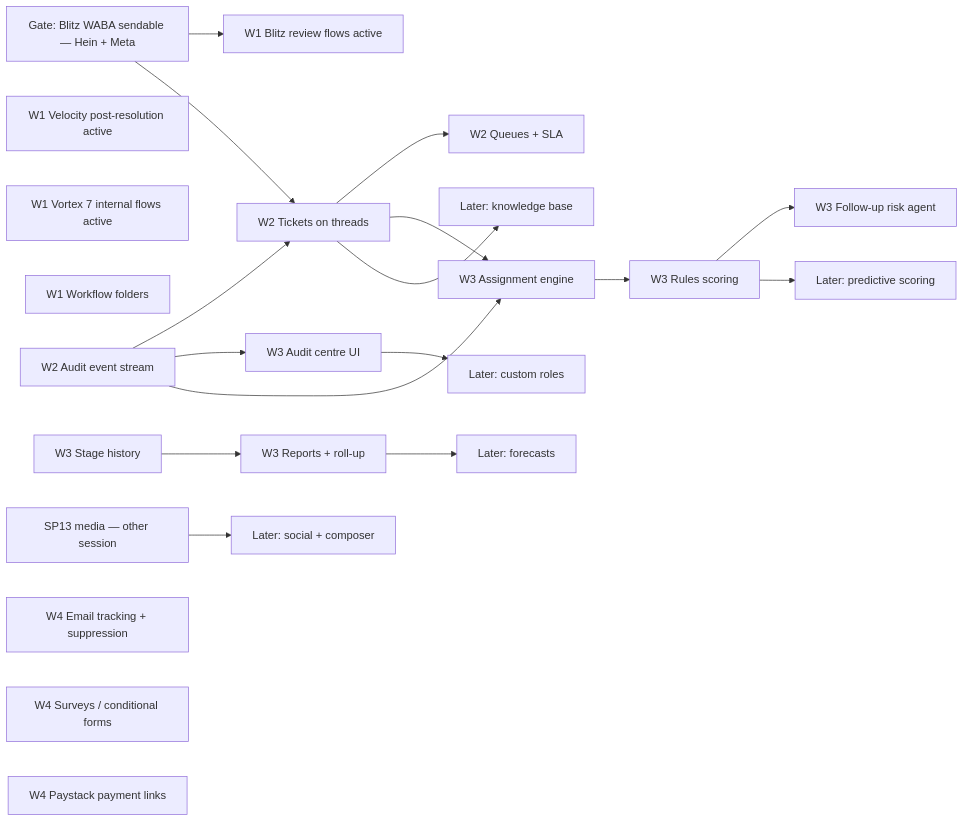
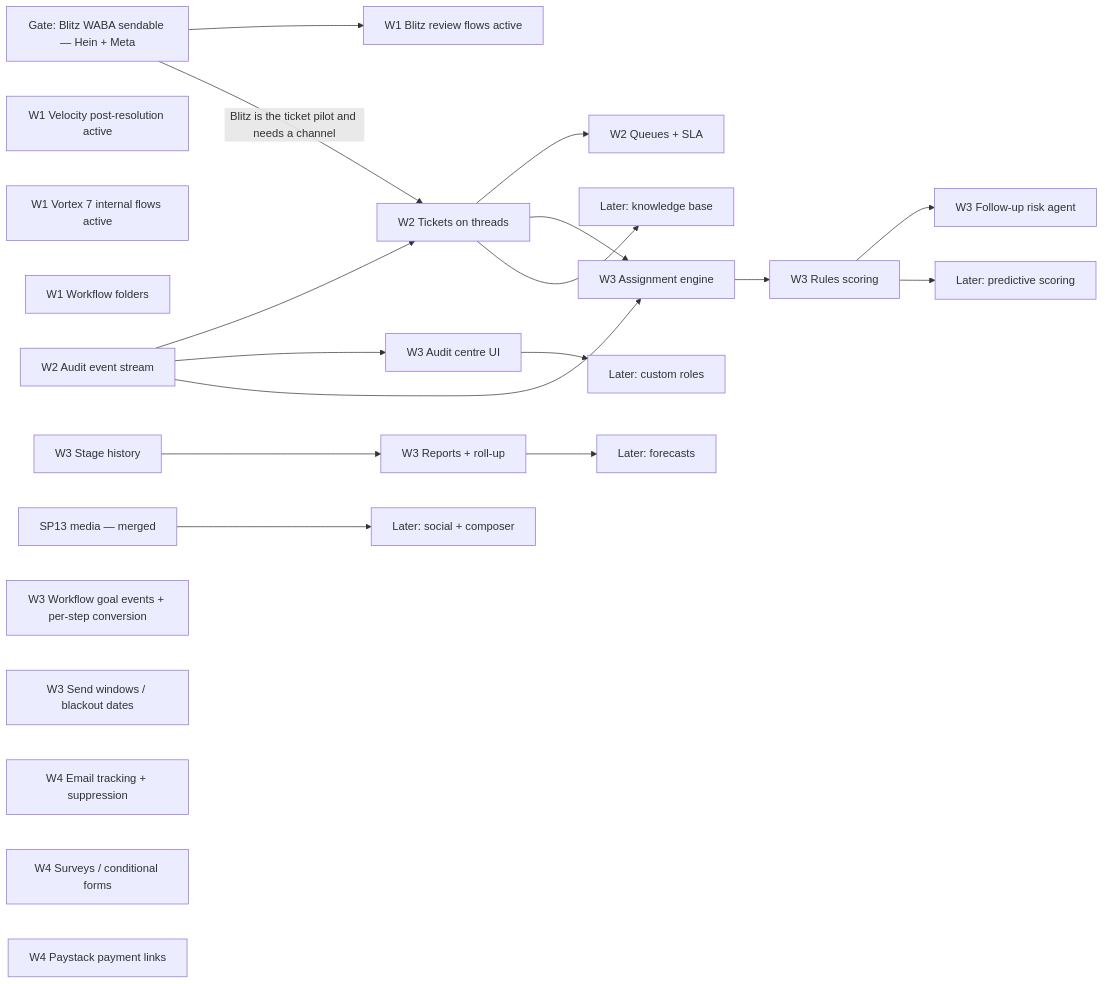
Before and after one commit to Heinvv10/CrestaHQ: the diagram in docs/programme/README.md, drawn with Mermaid. The commit also changed other lines of this file and 1 other file, not shown here.

````diff
--- a/docs/programme/README.md
+++ b/docs/programme/README.md
@@ -124,24 +125,26 @@
 ```mermaid
 flowchart LR
   G1[Gate: Blitz WABA sendable — Hein + Meta] --> W1B[W1 Blitz review flows active]
   W1V[W1 Velocity post-resolution active]
   W1X[W1 Vortex 7 internal flows active]
   W1F[W1 Workflow folders]
   A[W2 Audit event stream] --> T[W2 Tickets on threads]
   A --> AC[W3 Audit centre UI]
   T --> Q[W2 Queues + SLA]
-  G1 --> T
+  G1 -->|Blitz is the ticket pilot and needs a channel| T
   SH[W3 Stage history] --> R[W3 Reports + roll-up]
   A --> AS[W3 Assignment engine]
   AS --> SC[W3 Rules scoring]
   SC --> RK[W3 Follow-up risk agent]
   T --> AS
   R --> FC[Later: forecasts]
   SC --> ML[Later: predictive scoring]
   T --> KB[Later: knowledge base]
   AC --> ROLES[Later: custom roles]
-  SP13[SP13 media — other session] --> MKT[Later: social + composer]
+  SP13[SP13 media — merged] --> MKT[Later: social + composer]
+  GE[W3 Workflow goal events + per-step conversion]
+  SW[W3 Send windows / blackout dates]
   EM[W4 Email tracking + suppression]
   SV[W4 Surveys / conditional forms]
   PL[W4 Paystack payment links]
 ```
````
